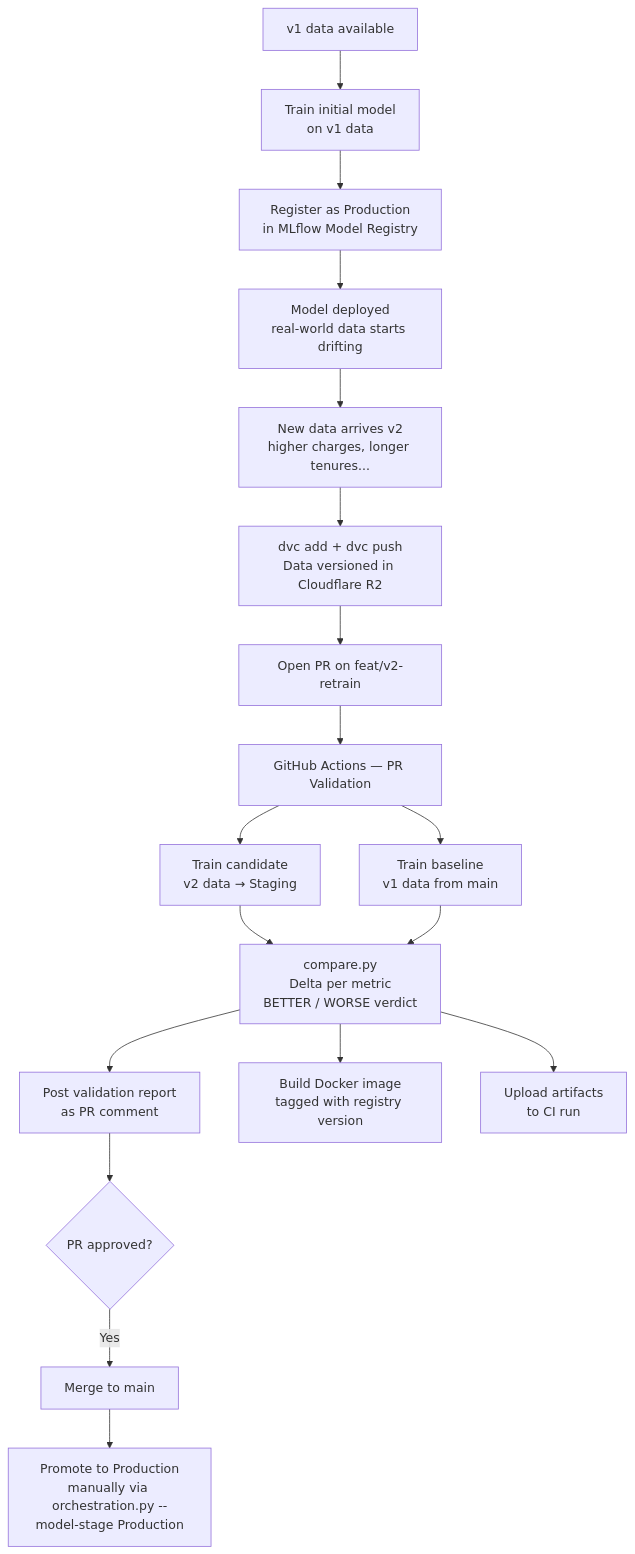
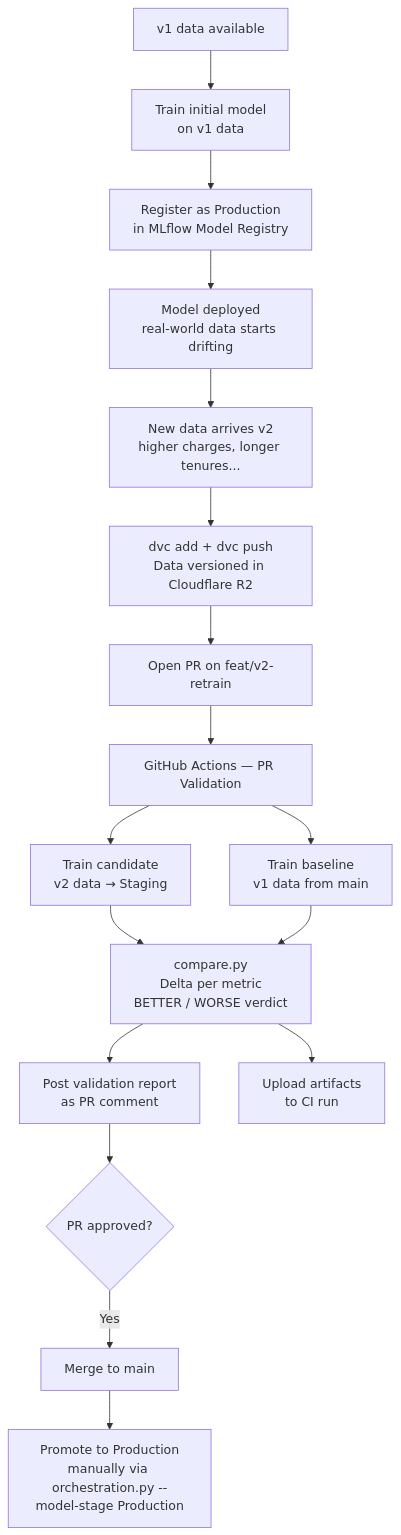
Before and after one commit to ANadalCardenas/mlops-churn-pipeline: the diagram in README.md, drawn with Mermaid. The commit also changed other lines of this file and 2 other files, not shown here.

Commit message:
Remove docker-build from mlflow pipeline

````diff
--- a/README.md
+++ b/README.md
@@ -13,26 +13,25 @@
 ```mermaid
 flowchart TD
     A[v1 data available] --> B[Train initial model\non v1 data]
     B --> C[Register as Production\nin MLflow Model Registry]
     C --> D[Model deployed\nreal-world data starts drifting]
 
     D --> E[New data arrives v2\nhigher charges, longer tenures...]
     E --> F[dvc add + dvc push\nData versioned in Cloudflare R2]
     F --> G[Open PR on feat/v2-retrain]
 
     G --> H[GitHub Actions — PR Validation]
 
     H --> I[Train candidate\nv2 data → Staging]
     H --> J[Train baseline\nv1 data from main]
 
     I --> K[compare.py\nDelta per metric\nBETTER / WORSE verdict]
     J --> K
 
     K --> L[Post validation report\nas PR comment]
-    K --> M[Build Docker image\ntagged with registry version]
     K --> N[Upload artifacts\nto CI run]
 
     L --> O{PR approved?}
     O -- Yes --> P[Merge to main]
     P --> Q[Promote to Production\nmanually via orchestration.py --model-stage Production]
 ```
````
